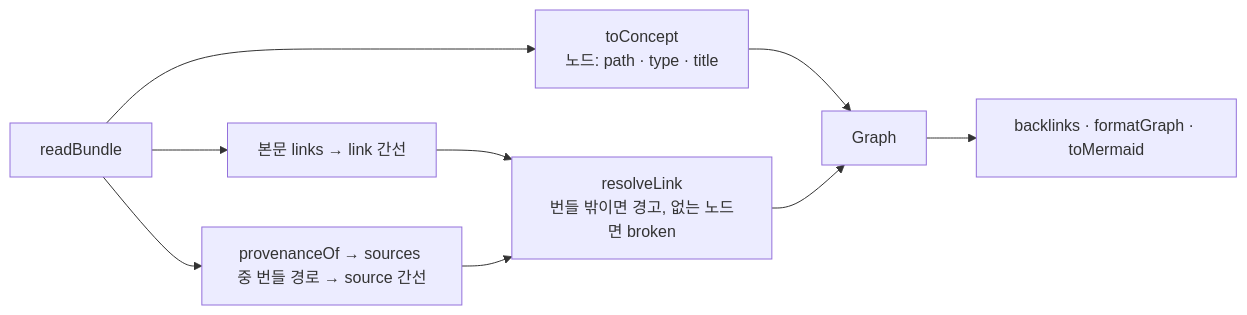
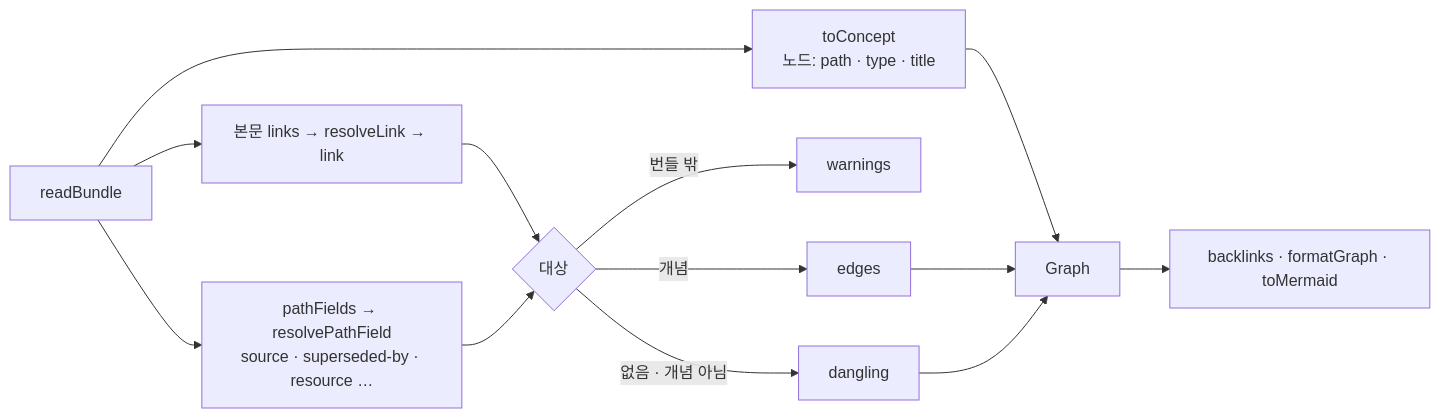
Before and after one commit to Junyong34/okf-playbook: the eighth of 8 diagrams in docs/okf-modules.md, drawn with Mermaid. The commit also changed other lines of this file and 23 other files, not shown here.

````diff
--- a/docs/okf-modules.md
+++ b/docs/okf-modules.md
@@ -176,9 +180,12 @@
 ```mermaid
 flowchart LR
   rb[readBundle] --> tc[toConcept<br/>노드: path · type · title]
-  rb --> links[본문 links → link 간선]
-  rb --> po[provenanceOf → sources 중 번들 경로 → source 간선]
-  links & po --> res[resolveLink<br/>번들 밖이면 경고, 없는 노드면 broken]
-  tc & res --> g[Graph]
+  rb --> links[본문 links → resolveLink → link]
+  rb --> pf[pathFields → resolvePathField<br/>source · superseded-by · resource …]
+  links & pf --> res{대상}
+  res -->|번들 밖| w[warnings]
+  res -->|개념| e[edges]
+  res -->|없음 · 개념 아님| d[dangling]
+  tc & e & d --> g[Graph]
   g --> bl[backlinks · formatGraph · toMermaid]
 ```
````
